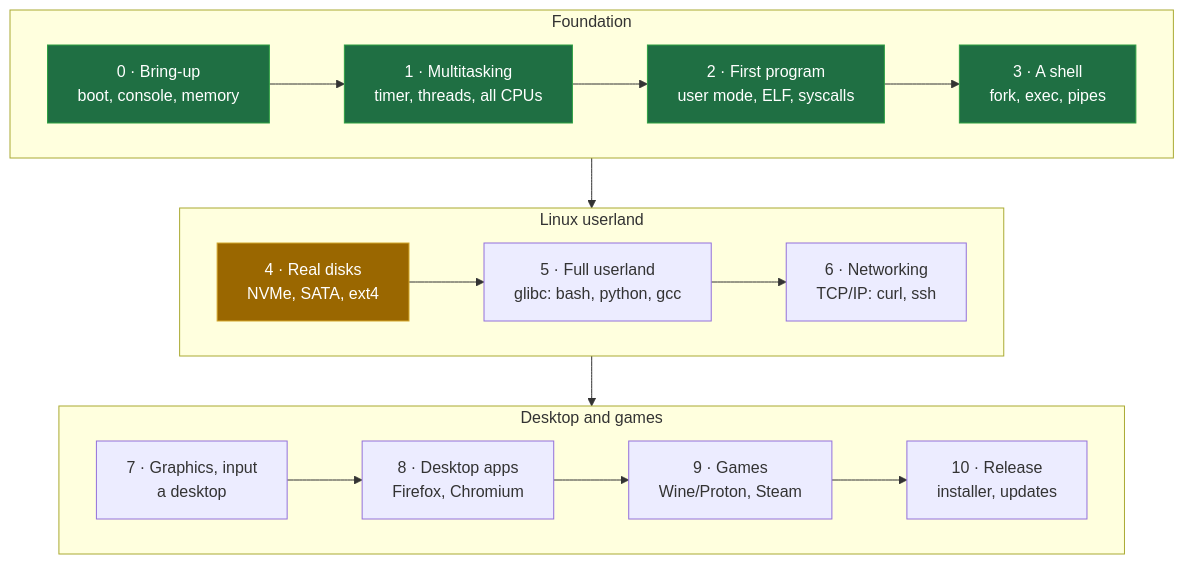
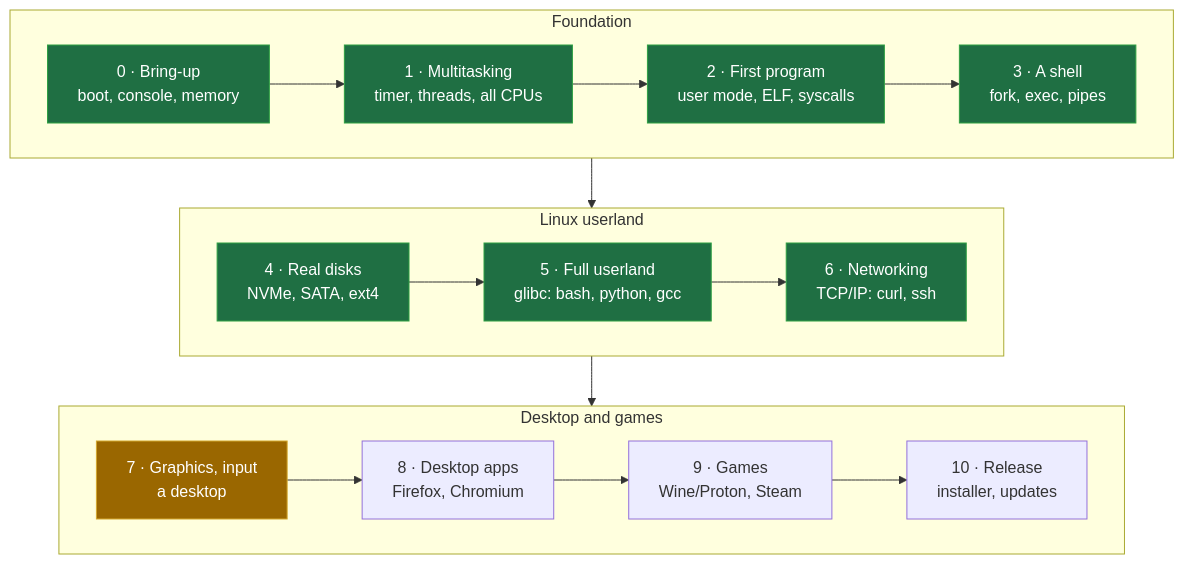
Before and after one commit to SegMind25/SegOS: the sixth of 6 diagrams in README.md, drawn with Mermaid. The commit also changed other lines of this file and 3 other files, not shown here.

First line of the commit message:
Docs and site: Phase 6 done, Phase 7 next

````diff
--- a/README.md
+++ b/README.md
@@ -192,18 +195,18 @@
 ```mermaid
 flowchart TB
     subgraph F["Foundation"]
         direction LR
         P0["0 · Bring-up<br/>boot, console, memory"]:::done --> P1["1 · Multitasking<br/>timer, threads, all CPUs"]:::done --> P2["2 · First program<br/>user mode, ELF, syscalls"]:::done --> P3["3 · A shell<br/>fork, exec, pipes"]:::done
     end
     subgraph L["Linux userland"]
         direction LR
-        P4["4 · Real disks<br/>NVMe, SATA, ext4"]:::next --> P5["5 · Full userland<br/>glibc: bash, python, gcc"] --> P6["6 · Networking<br/>TCP/IP: curl, ssh"]
+        P4["4 · Real disks<br/>NVMe, SATA, ext4"]:::done --> P5["5 · Full userland<br/>glibc: bash, python, gcc"]:::done --> P6["6 · Networking<br/>TCP/IP: curl, ssh"]:::done
     end
     subgraph D["Desktop and games"]
         direction LR
-        P7["7 · Graphics, input<br/>a desktop"] --> P8["8 · Desktop apps<br/>Firefox, Chromium"] --> P9["9 · Games<br/>Wine/Proton, Steam"] --> P10["10 · Release<br/>installer, updates"]
+        P7["7 · Graphics, input<br/>a desktop"]:::next --> P8["8 · Desktop apps<br/>Firefox, Chromium"] --> P9["9 · Games<br/>Wine/Proton, Steam"] --> P10["10 · Release<br/>installer, updates"]
     end
     F --> L --> D
     classDef done fill:#1f6f43,stroke:#2ea043,color:#fff
     classDef next fill:#9a6700,stroke:#d4a72c,color:#fff
 ```
````
